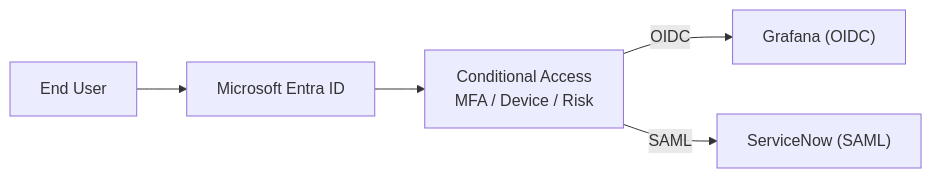
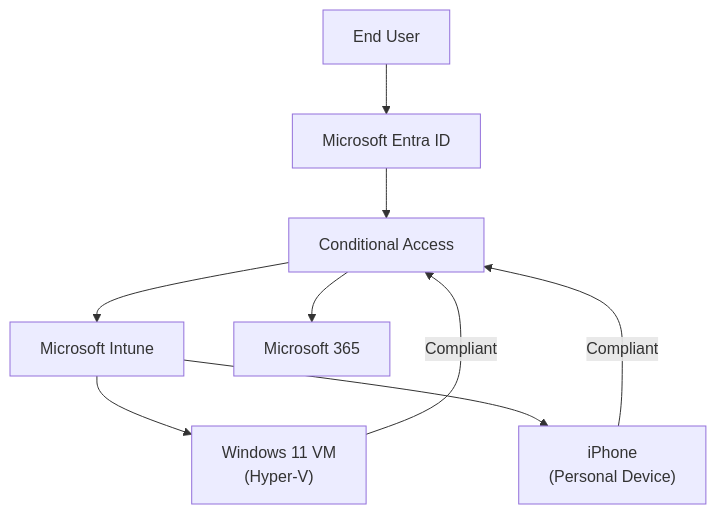
One commit to toku360/entra-id-platform changed the third of 5 diagrams in README.md. Above: the diagram before and after it, drawn with Mermaid. The commit also changed other lines of this file, not shown here.

````diff
--- a/README.md
+++ b/README.md
@@ -226,16 +143,31 @@
 ```mermaid
-flowchart LR
+flowchart TB
+
     User["End User"]
+
     Entra["Microsoft Entra ID"]
 
-    CA["Conditional Access<br/>MFA / Device / Risk"]
+    CA["Conditional Access"]
 
-    Grafana["Grafana (OIDC)"]
-    ServiceNow["ServiceNow (SAML)"]
+    Intune["Microsoft Intune"]
+
+    Win11["Windows 11 VM<br/>(Hyper-V)"]
+
+    iPhone["iPhone<br/>(Personal Device)"]
+
+    M365["Microsoft 365"]
 
     User --> Entra
+
     Entra --> CA
 
-    CA -->|"OIDC"| Grafana
-    CA -->|"SAML"| ServiceNow
+    CA --> Intune
+
+    Intune --> Win11
+    Intune --> iPhone
+
+    Win11 -->|"Compliant"| CA
+    iPhone -->|"Compliant"| CA
+
+    CA --> M365
 ```
````
